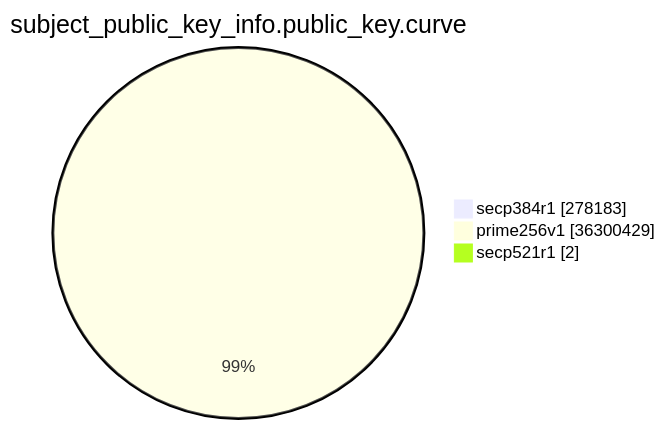
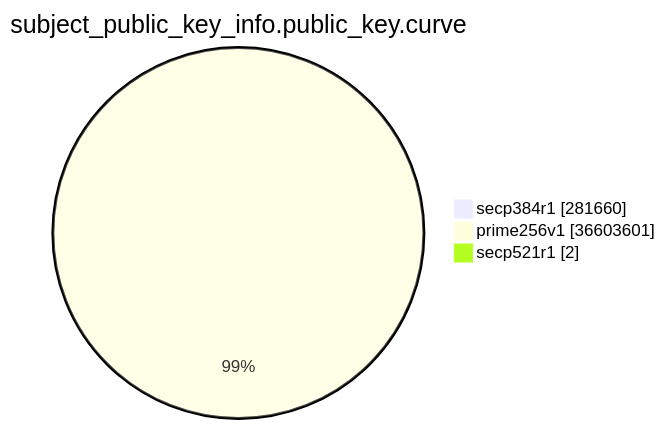
The eighth of 15 diagrams in xenon2023/README.md (christiankrug/ctmonitor_visualization), drawn with Mermaid before and after one commit. The commit also changed other lines of this file, not shown here.

````diff
--- a/xenon2023/README.md
+++ b/xenon2023/README.md
@@ -2151,7 +2152,7 @@
 ```mermaid
 pie showData
 title subject_public_key_info.public_key.curve
-"secp384r1" :278183
-"prime256v1" :36300429
+"secp384r1" :281660
+"prime256v1" :36603601
 "secp521r1" :2
 ```
````
